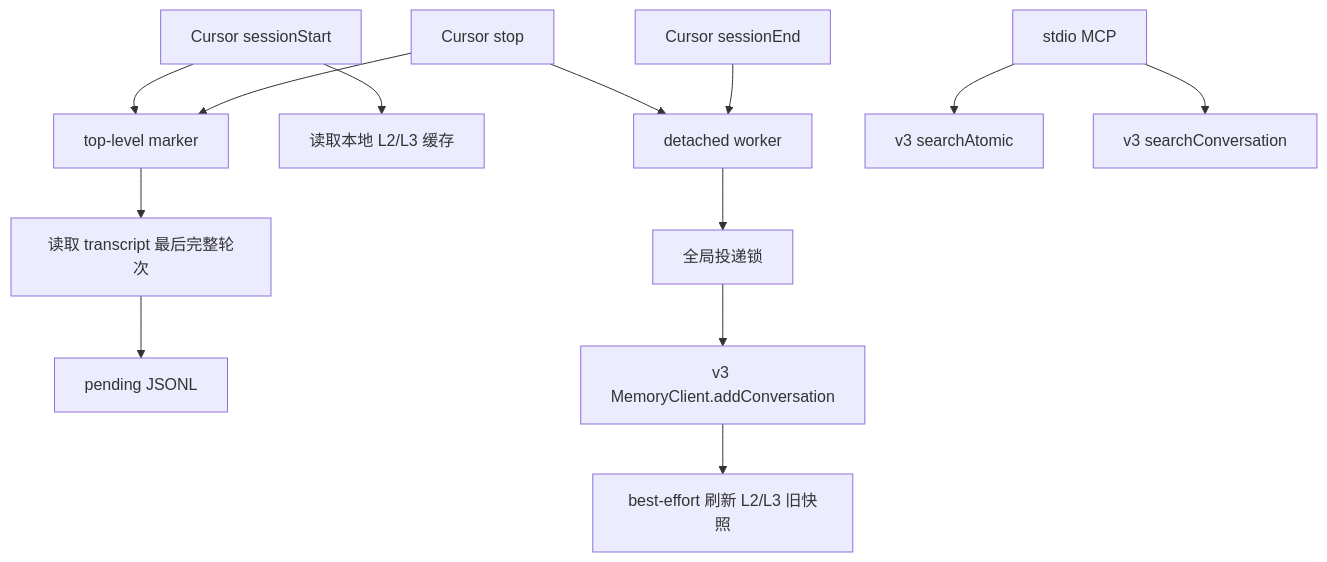
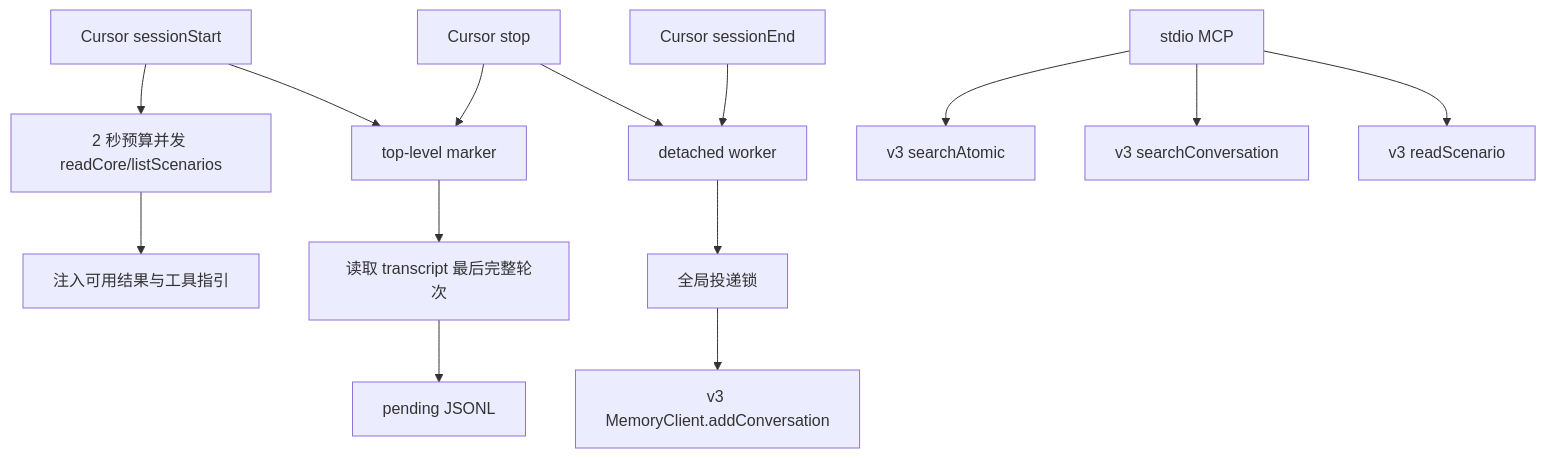
One commit to TencentCloud/TencentDB-Agent-Memory changed the diagram in docs/cursor-server-team/spec.md. Above: the diagram before and after it, drawn with Mermaid. The commit also changed other lines of this file and 3 other files, not shown here.

````diff
--- a/docs/cursor-server-team/spec.md
+++ b/docs/cursor-server-team/spec.md
@@ -62,15 +62,16 @@
 ```mermaid
 flowchart TD
   SS[Cursor sessionStart] --> M[top-level marker]
-  SS --> C[读取本地 L2/L3 缓存]
+  SS --> C[2 秒预算并发 readCore/listScenarios]
+  C --> I[注入可用结果与工具指引]
   ST[Cursor stop] --> M
   M --> T[读取 transcript 最后完整轮次]
   T --> P[pending JSONL]
   ST --> W[detached worker]
   SE[Cursor sessionEnd] --> W
   W --> L[全局投递锁]
   L --> V3[v3 MemoryClient.addConversation]
-  V3 --> R[best-effort 刷新 L2/L3 旧快照]
   MCP[stdio MCP] --> Q1[v3 searchAtomic]
   MCP --> Q0[v3 searchConversation]
+  MCP --> Q2[v3 readScenario]
 ```
````
